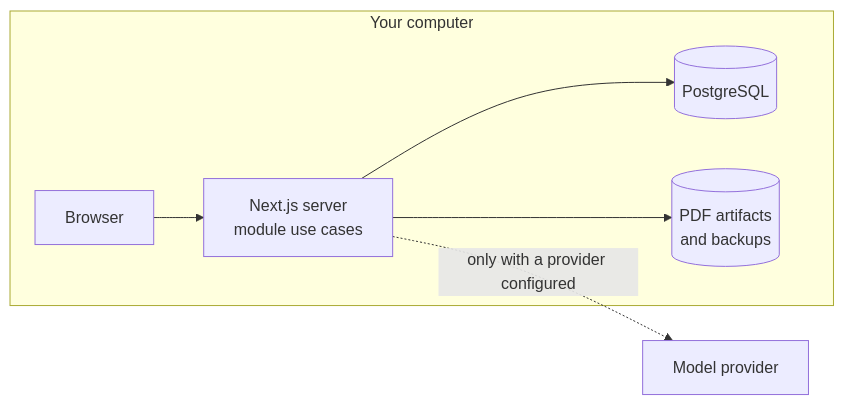
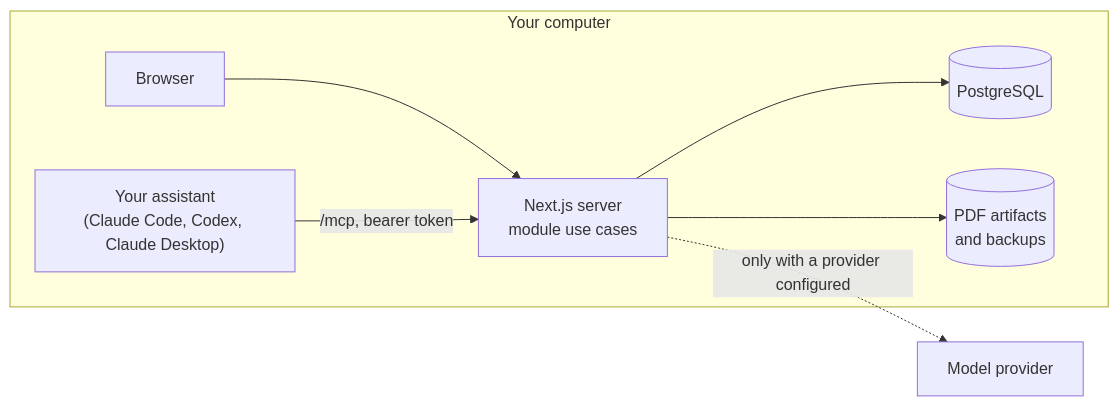
Before and after one commit to 3333444n/landed: the diagram in README.md, drawn with Mermaid. The commit also changed other lines of this file and 15 other files, not shown here.

````diff
--- a/README.md
+++ b/README.md
@@ -73,9 +73,10 @@
 ```mermaid
 flowchart LR
   subgraph local["Your computer"]
     browser["Browser"] --> app["Next.js server\nmodule use cases"]
+    assistant["Your assistant\n(Claude Code, Codex, Claude Desktop)"] -->|"/mcp, bearer token"| app
     app --> db[("PostgreSQL")]
     app --> files[("PDF artifacts\nand backups")]
   end
   app -.->|"only with a provider configured"| provider["Model provider"]
 ```
````
